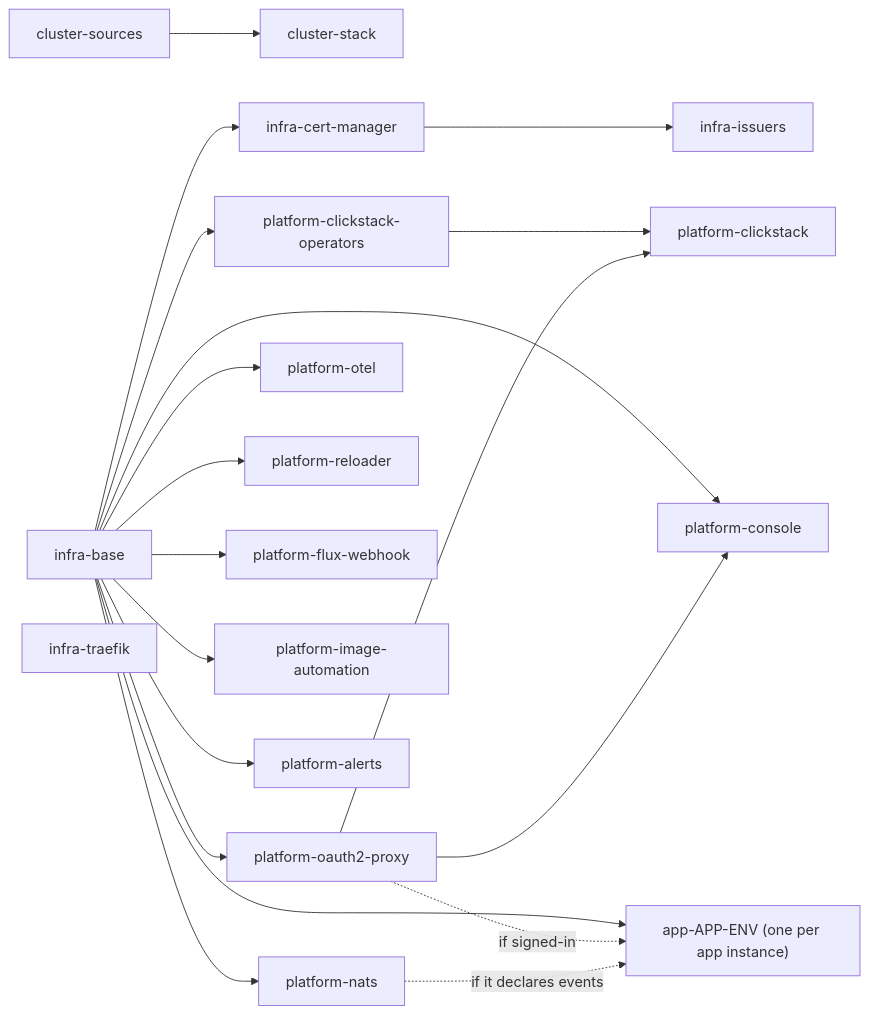
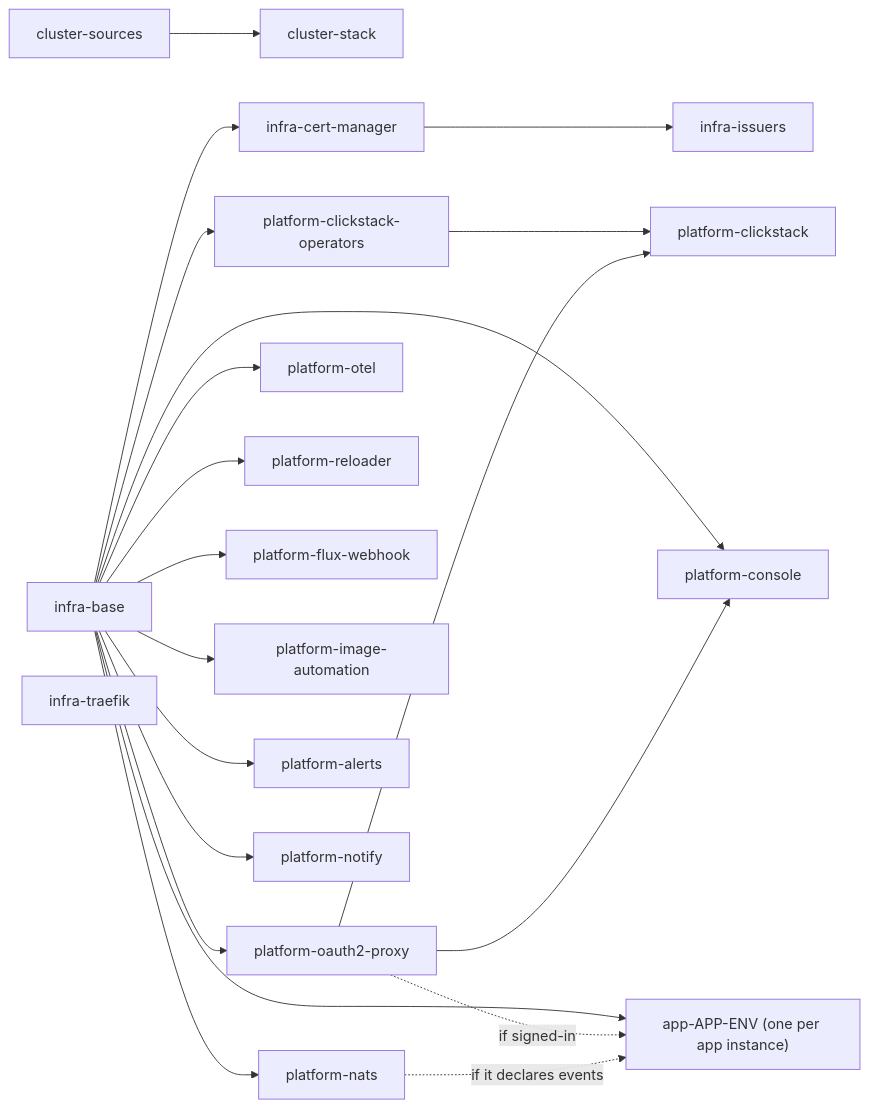
The second of 6 diagrams in docs/architecture.md (samclement/swhurl-platform), drawn with Mermaid before and after one commit. The commit also changed other lines of this file and 27 other files, not shown here.

````diff
--- a/docs/architecture.md
+++ b/docs/architecture.md
@@ -63,20 +63,21 @@
 ```mermaid
 flowchart LR
   sources[cluster-sources] --> stack[cluster-stack]
   base[infra-base] --> cm[infra-cert-manager] --> issuers[infra-issuers]
   base --> auth[platform-oauth2-proxy]
   base --> ops[platform-clickstack-operators] --> clickstack[platform-clickstack]
   auth --> clickstack
   base --> otel[platform-otel]
   base --> reloader[platform-reloader]
   base --> webhook[platform-flux-webhook]
   base --> imageauto[platform-image-automation]
   base --> alerts[platform-alerts]
+  base --> notify[platform-notify]
   base --> console[platform-console]
   auth --> console
   base --> nats[platform-nats]
   traefik[infra-traefik]
   base --> app["app-APP-ENV (one per app instance)"]
   auth -. if signed-in .-> app
   nats -. if it declares events .-> app
 ```
````
